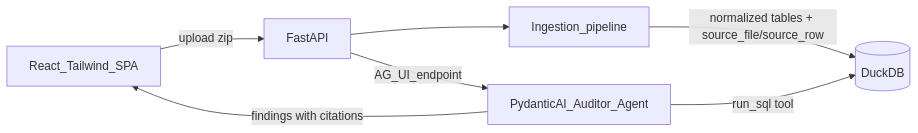
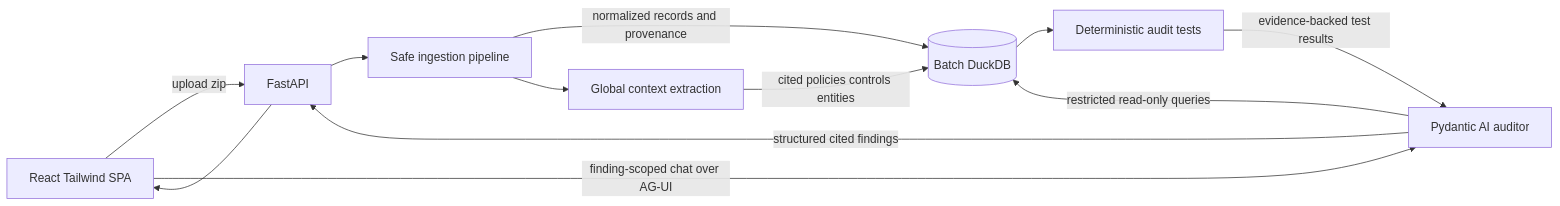
One commit to M-Ali-ML/almedia-hackathon changed the diagram in .cursor/plans/fraud_audit_mvp_a3a118b3.plan.md. Above: the diagram before and after it, drawn with Mermaid. The commit also changed other lines of this file, not shown here.

Commit message:
Expand fraud audit MVP plan for batch-scoped analysis

````diff
--- a/.cursor/plans/fraud_audit_mvp_a3a118b3.plan.md
+++ b/.cursor/plans/fraud_audit_mvp_a3a118b3.plan.md
@@ -37,9 +45,14 @@
 ```mermaid
 flowchart LR
-    UI[React_Tailwind_SPA] -->|"upload zip"| API[FastAPI]
-    API --> ING[Ingestion_pipeline]
-    ING -->|"normalized tables + source_file/source_row"| DB[(DuckDB)]
-    API -->|AG_UI_endpoint| AGENT[PydanticAI_Auditor_Agent]
-    AGENT -->|"run_sql tool"| DB
-    AGENT -->|"findings with citations"| UI
+    UI[React Tailwind SPA] -->|upload zip| API[FastAPI]
+    API --> ING[Safe ingestion pipeline]
+    ING -->|normalized records and provenance| DB[(Batch DuckDB)]
+    ING --> PRE[Global context extraction]
+    PRE -->|cited policies controls entities| DB
+    DB --> TESTS[Deterministic audit tests]
+    TESTS -->|evidence-backed test results| AGENT[Pydantic AI auditor]
+    AGENT -->|structured cited findings| API
+    API --> UI
+    UI -->|finding-scoped chat over AG-UI| AGENT
+    AGENT -->|restricted read-only queries| DB
 ```
````
